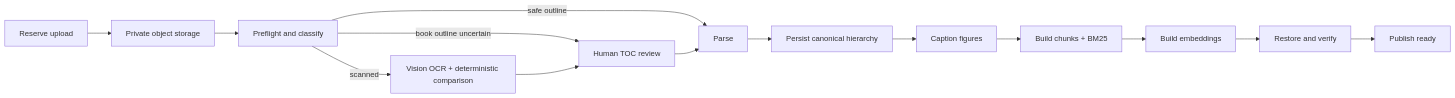
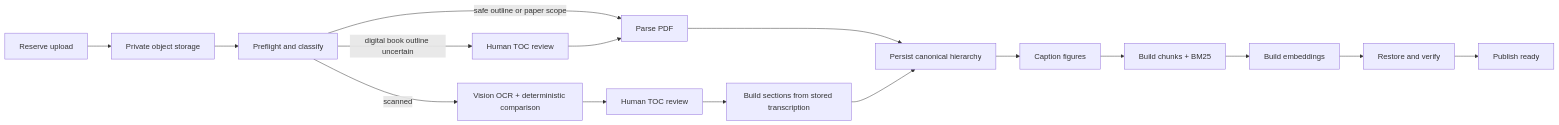
The first of 8 diagrams in docs/flows.md (rabhishek100/agentic_study_partner), drawn with Mermaid before and after one commit. The commit also changed other lines of this file and 2 other files, not shown here.

Commit message:
Document book, paper, and video ingestion

````diff
--- a/docs/flows.md
+++ b/docs/flows.md
@@ -9,16 +9,18 @@
 ```mermaid
 flowchart LR
     A[Reserve upload] --> B[Private object storage]
     B --> C[Preflight and classify]
-    C -->|safe outline| E[Parse]
-    C -->|book outline uncertain| D[Human TOC review]
+    C -->|safe outline or paper scope| E[Parse PDF]
+    C -->|digital book outline uncertain| D[Human TOC review]
     D --> E
     C -->|scanned| O[Vision OCR + deterministic comparison]
-    O --> D
+    O --> R[Human TOC review]
+    R --> T[Build sections from stored transcription]
     E --> F[Persist canonical hierarchy]
+    T --> F
     F --> G[Caption figures]
     G --> H[Build chunks + BM25]
     H --> I[Build embeddings]
     I --> J[Restore and verify]
     J --> K[Publish ready]
 ```
````
